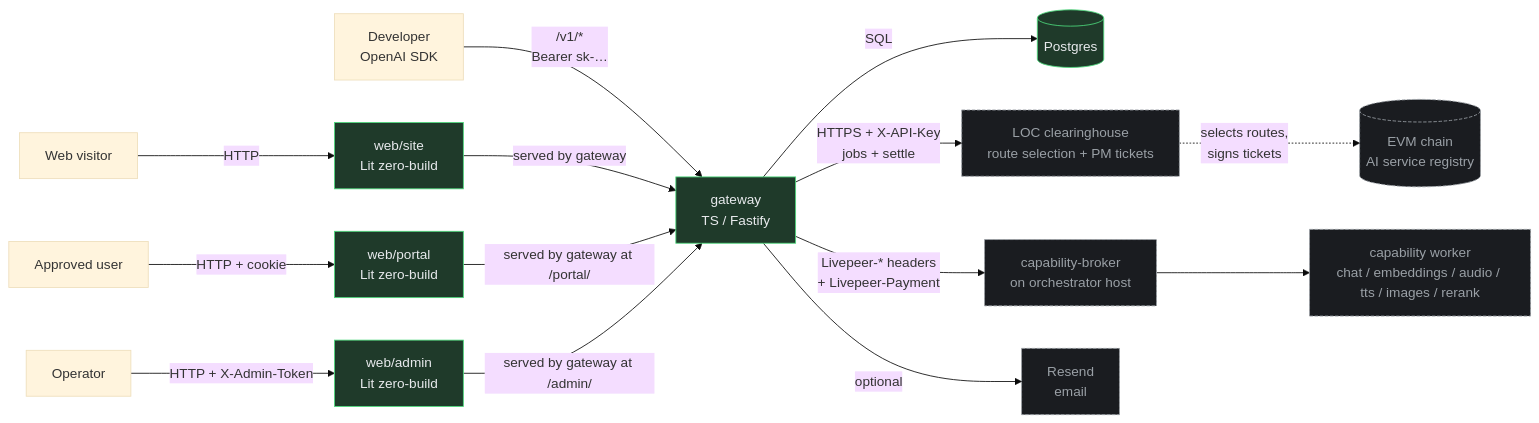
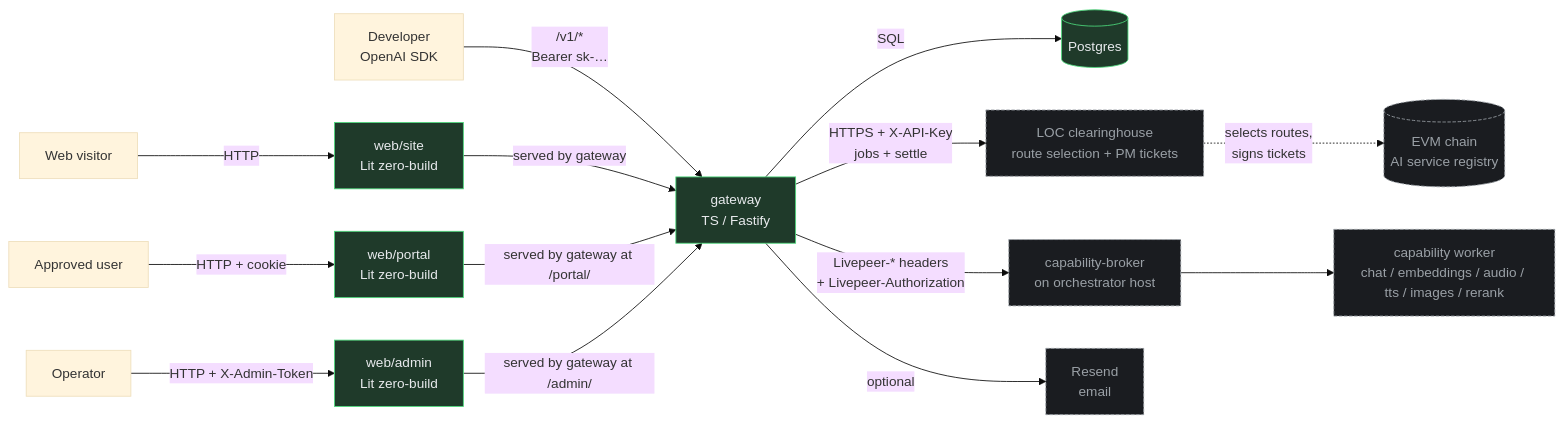
One commit to Cloud-SPE/livepeer-modules-openai-gateway changed the first of 7 diagrams in ARCHITECTURE.md. Above: the diagram before and after it, drawn with Mermaid (base theme). The commit also changed other lines of this file and 60 other files, not shown here.

````diff
--- a/ARCHITECTURE.md
+++ b/ARCHITECTURE.md
@@ -17,24 +17,24 @@
 ```mermaid
 flowchart LR
   user[Developer<br/>OpenAI SDK] -->|/v1/*<br/>Bearer sk-…| GW
   visitor[Web visitor] -->|HTTP| SITE
   portalUser[Approved user] -->|HTTP + cookie| PORTAL
   admin[Operator] -->|HTTP + X-Admin-Token| ADMIN
 
   SITE[web/site<br/>Lit zero-build] -->|served by gateway| GW
   PORTAL[web/portal<br/>Lit zero-build] -->|served by gateway at /portal/| GW
   ADMIN[web/admin<br/>Lit zero-build] -->|served by gateway at /admin/| GW
 
   GW[gateway<br/>TS / Fastify] -->|SQL| DB[(Postgres)]
   GW -->|HTTPS + X-API-Key<br/>jobs + settle| LOC[LOC clearinghouse<br/>route selection + PM tickets]
-  GW -->|Livepeer-* headers<br/>+ Livepeer-Payment| BROKER[capability-broker<br/>on orchestrator host]
+  GW -->|Livepeer-* headers<br/>+ Livepeer-Authorization| BROKER[capability-broker<br/>on orchestrator host]
   BROKER --> WORKER[capability worker<br/>chat / embeddings / audio / tts / images / rerank]
   GW -->|optional| RESEND[Resend<br/>email]
 
   LOC -.->|selects routes,<br/>signs tickets| CHAIN[(EVM chain<br/>AI service registry)]
 
   classDef ours fill:#1f3a2a,stroke:#4cd97b,color:#e8eaed;
   classDef ext fill:#1a1c20,stroke:#9aa0a6,color:#9aa0a6,stroke-dasharray: 4 2;
   class GW,SITE,PORTAL,ADMIN,DB ours;
   class LOC,BROKER,WORKER,RESEND,CHAIN ext;
 ```
````
